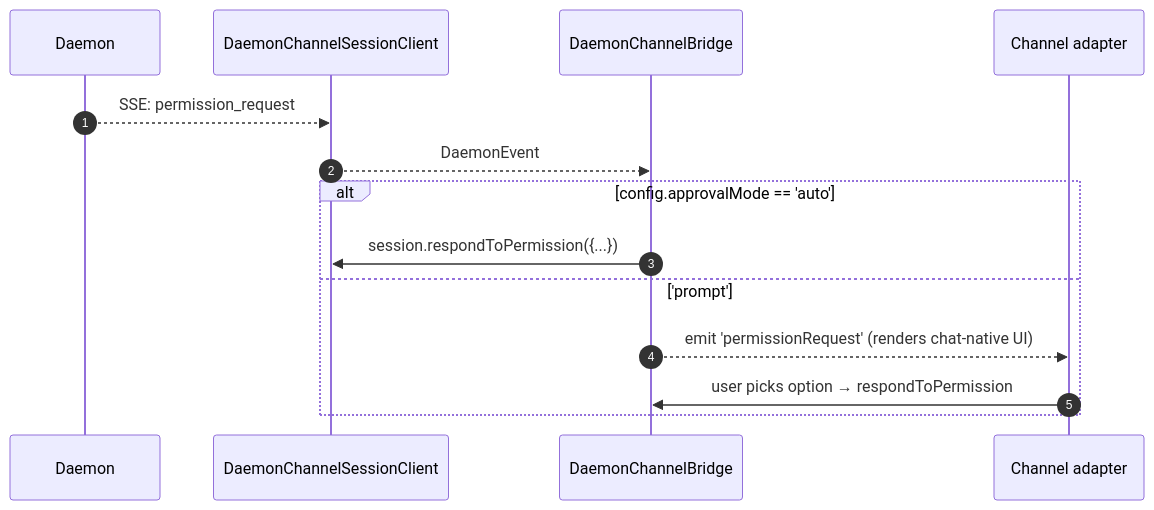
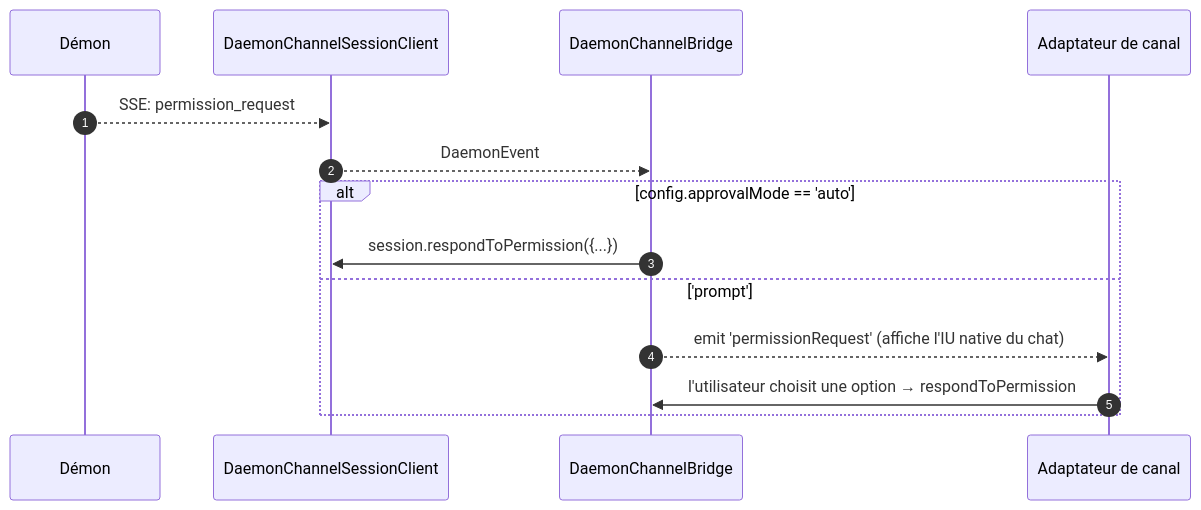
One commit to QwenLM/qwen-code-docs changed the third of 3 diagrams in website/content/fr/developers/daemon/15-channel-adapters.md. Above: the diagram before and after it, drawn with Mermaid. The commit also changed other lines of this file and 1077 other files, not shown here.

````diff
--- a/website/content/fr/developers/daemon/15-channel-adapters.md
+++ b/website/content/fr/developers/daemon/15-channel-adapters.md
@@ -134,17 +135,17 @@
 ```mermaid
 sequenceDiagram
     autonumber
-    participant D as Daemon
+    participant D as Démon
     participant SC as DaemonChannelSessionClient
     participant BR as DaemonChannelBridge
-    participant AD as Channel adapter
+    participant AD as Adaptateur de canal
 
     D-->>SC: SSE: permission_request
     SC-->>BR: DaemonEvent
     alt config.approvalMode == 'auto'
         BR->>SC: session.respondToPermission({...})
     else 'prompt'
-        BR-->>AD: emit 'permissionRequest' (renders chat-native UI)
-        AD->>BR: user picks option → respondToPermission
+        BR-->>AD: emit 'permissionRequest' (affiche l'IU native du chat)
+        AD->>BR: l'utilisateur choisit une option → respondToPermission
     end
 ```
````
